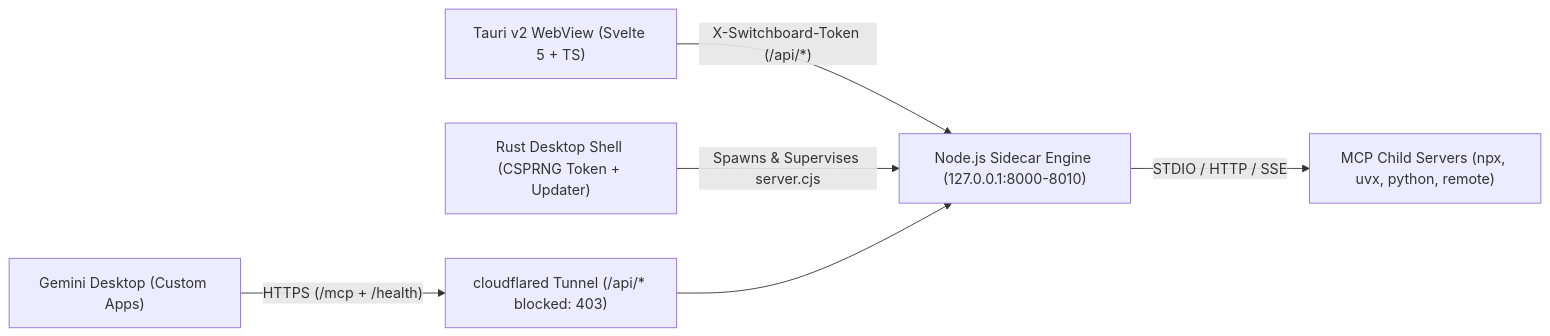
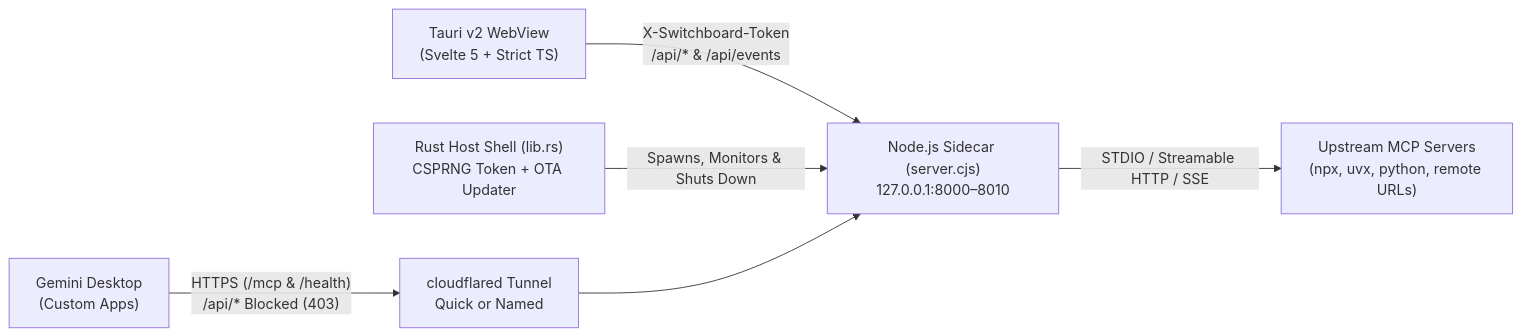
The diagram in README.md (Sury2797/MCP-SWITCHBOARD), drawn with Mermaid before and after one commit. The commit also changed other lines of this file, not shown here.

````diff
--- a/README.md
+++ b/README.md
@@ -23,8 +45,8 @@
 ```mermaid
 flowchart LR
-  UI["Tauri v2 WebView (Svelte 5 + TS)"] -- "X-Switchboard-Token (/api/*)" --> Sidecar["Node.js Sidecar Engine (127.0.0.1:8000-8010)"]
-  Rust["Rust Desktop Shell (CSPRNG Token + Updater)"] -- "Spawns & Supervises server.cjs" --> Sidecar
-  Gemini["Gemini Desktop (Custom Apps)"] -- "HTTPS (/mcp + /health)" --> Tunnel["cloudflared Tunnel (/api/* blocked: 403)"]
+  UI["Tauri v2 WebView<br/>(Svelte 5 + Strict TS)"] -- "X-Switchboard-Token<br/>/api/* & /api/events" --> Sidecar["Node.js Sidecar (server.cjs)<br/>127.0.0.1:8000–8010"]
+  Rust["Rust Host Shell (lib.rs)<br/>CSPRNG Token + OTA Updater"] -- "Spawns, Monitors & Shuts Down" --> Sidecar
+  Gemini["Gemini Desktop<br/>(Custom Apps)"] -- "HTTPS (/mcp & /health)<br/>/api/* Blocked (403)" --> Tunnel["cloudflared Tunnel<br/>Quick or Named"]
   Tunnel --> Sidecar
-  Sidecar -- "STDIO / HTTP / SSE" --> Servers["MCP Child Servers (npx, uvx, python, remote)"]
+  Sidecar -- "STDIO / Streamable HTTP / SSE" --> Servers["Upstream MCP Servers<br/>(npx, uvx, python, remote URLs)"]
 ```
````
